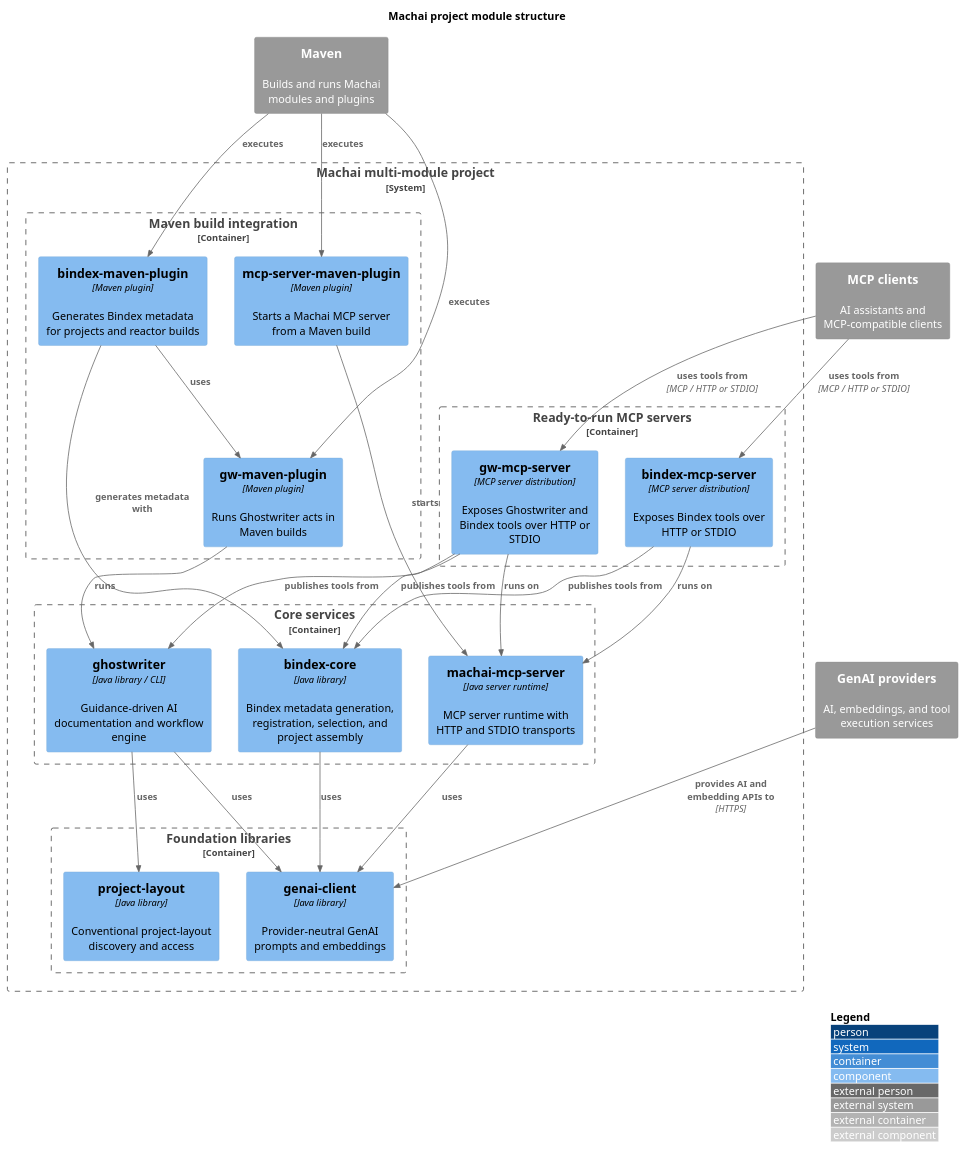
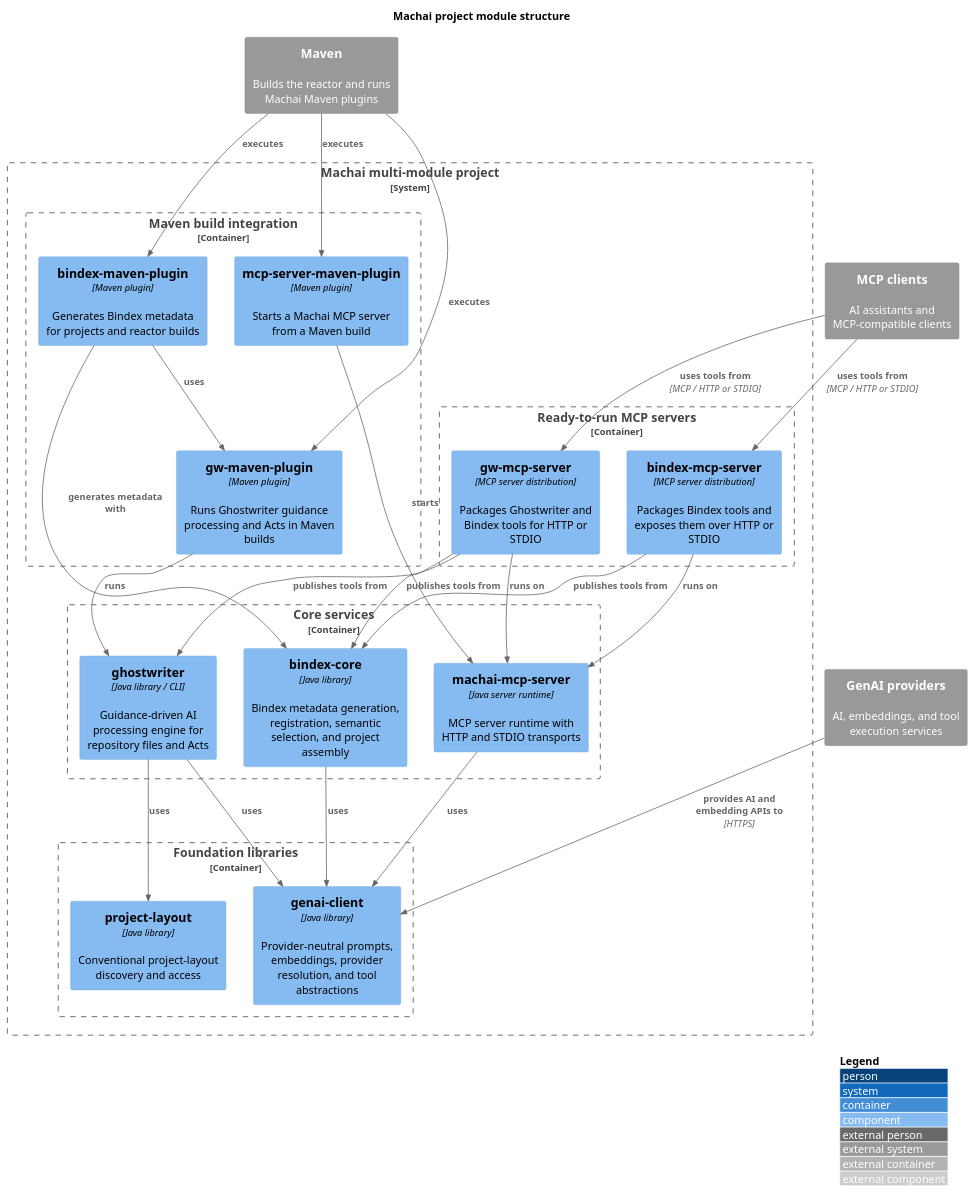
Before and after one commit to machanism-org/machai: the diagram in src/site/puml/project-structure.puml, drawn with PlantUML. The commit also changed 74 other files, not shown here.

```diff
--- a/src/site/puml/project-structure.puml
+++ b/src/site/puml/project-structure.puml
@@ -3,56 +3,56 @@
 @startuml project-structure
 !include <C4/C4_Component>
 
 title Machai project module structure
 LAYOUT_WITH_LEGEND()
 
-System_Ext(maven, "Maven", "Builds and runs Machai modules and plugins")
+System_Ext(maven, "Maven", "Builds the reactor and runs Machai Maven plugins")
 System_Ext(aiProviders, "GenAI providers", "AI, embeddings, and tool execution services")
 System_Ext(mcpClients, "MCP clients", "AI assistants and MCP-compatible clients")
 
 System_Boundary(machai, "Machai multi-module project") {
   Container_Boundary(foundations, "Foundation libraries") {
     Component(projectLayout, "project-layout", "Java library", "Conventional project-layout discovery and access")
-    Component(genaiClient, "genai-client", "Java library", "Provider-neutral GenAI prompts and embeddings")
+    Component(genaiClient, "genai-client", "Java library", "Provider-neutral prompts, embeddings, provider resolution, and tool abstractions")
   }
 
   Container_Boundary(coreServices, "Core services") {
-    Component(bindexCore, "bindex-core", "Java library", "Bindex metadata generation, registration, selection, and project assembly")
-    Component(ghostwriter, "ghostwriter", "Java library / CLI", "Guidance-driven AI documentation and workflow engine")
+    Component(bindexCore, "bindex-core", "Java library", "Bindex metadata generation, registration, semantic selection, and project assembly")
+    Component(ghostwriter, "ghostwriter", "Java library / CLI", "Guidance-driven AI processing engine for repository files and Acts")
     Component(mcpRuntime, "machai-mcp-server", "Java server runtime", "MCP server runtime with HTTP and STDIO transports")
   }
 
   Container_Boundary(buildIntegration, "Maven build integration") {
-    Component(gwPlugin, "gw-maven-plugin", "Maven plugin", "Runs Ghostwriter acts in Maven builds")
+    Component(gwPlugin, "gw-maven-plugin", "Maven plugin", "Runs Ghostwriter guidance processing and Acts in Maven builds")
     Component(bindexPlugin, "bindex-maven-plugin", "Maven plugin", "Generates Bindex metadata for projects and reactor builds")
     Component(mcpPlugin, "mcp-server-maven-plugin", "Maven plugin", "Starts a Machai MCP server from a Maven build")
   }
 
   Container_Boundary(serverDistributions, "Ready-to-run MCP servers") {
-    Component(bindexServer, "bindex-mcp-server", "MCP server distribution", "Exposes Bindex tools over HTTP or STDIO")
-    Component(gwServer, "gw-mcp-server", "MCP server distribution", "Exposes Ghostwriter and Bindex tools over HTTP or STDIO")
+    Component(bindexServer, "bindex-mcp-server", "MCP server distribution", "Packages Bindex tools and exposes them over HTTP or STDIO")
+    Component(gwServer, "gw-mcp-server", "MCP server distribution", "Packages Ghostwriter and Bindex tools for HTTP or STDIO")
   }
 }
 
 Rel(maven, gwPlugin, "executes")
 Rel(maven, bindexPlugin, "executes")
 Rel(maven, mcpPlugin, "executes")
 Rel(aiProviders, genaiClient, "provides AI and embedding APIs to", "HTTPS")
 Rel(mcpClients, bindexServer, "uses tools from", "MCP / HTTP or STDIO")
 Rel(mcpClients, gwServer, "uses tools from", "MCP / HTTP or STDIO")
 
 Rel(ghostwriter, projectLayout, "uses")
 Rel(ghostwriter, genaiClient, "uses")
 Rel(bindexCore, genaiClient, "uses")
 Rel(mcpRuntime, genaiClient, "uses")
 Rel(gwPlugin, ghostwriter, "runs")
 Rel(bindexPlugin, gwPlugin, "uses")
 Rel(bindexPlugin, bindexCore, "generates metadata with")
 Rel(mcpPlugin, mcpRuntime, "starts")
 Rel(bindexServer, bindexCore, "publishes tools from")
 Rel(bindexServer, mcpRuntime, "runs on")
 Rel(gwServer, ghostwriter, "publishes tools from")
 Rel(gwServer, bindexCore, "publishes tools from")
 Rel(gwServer, mcpRuntime, "runs on")
 
 @enduml
```
